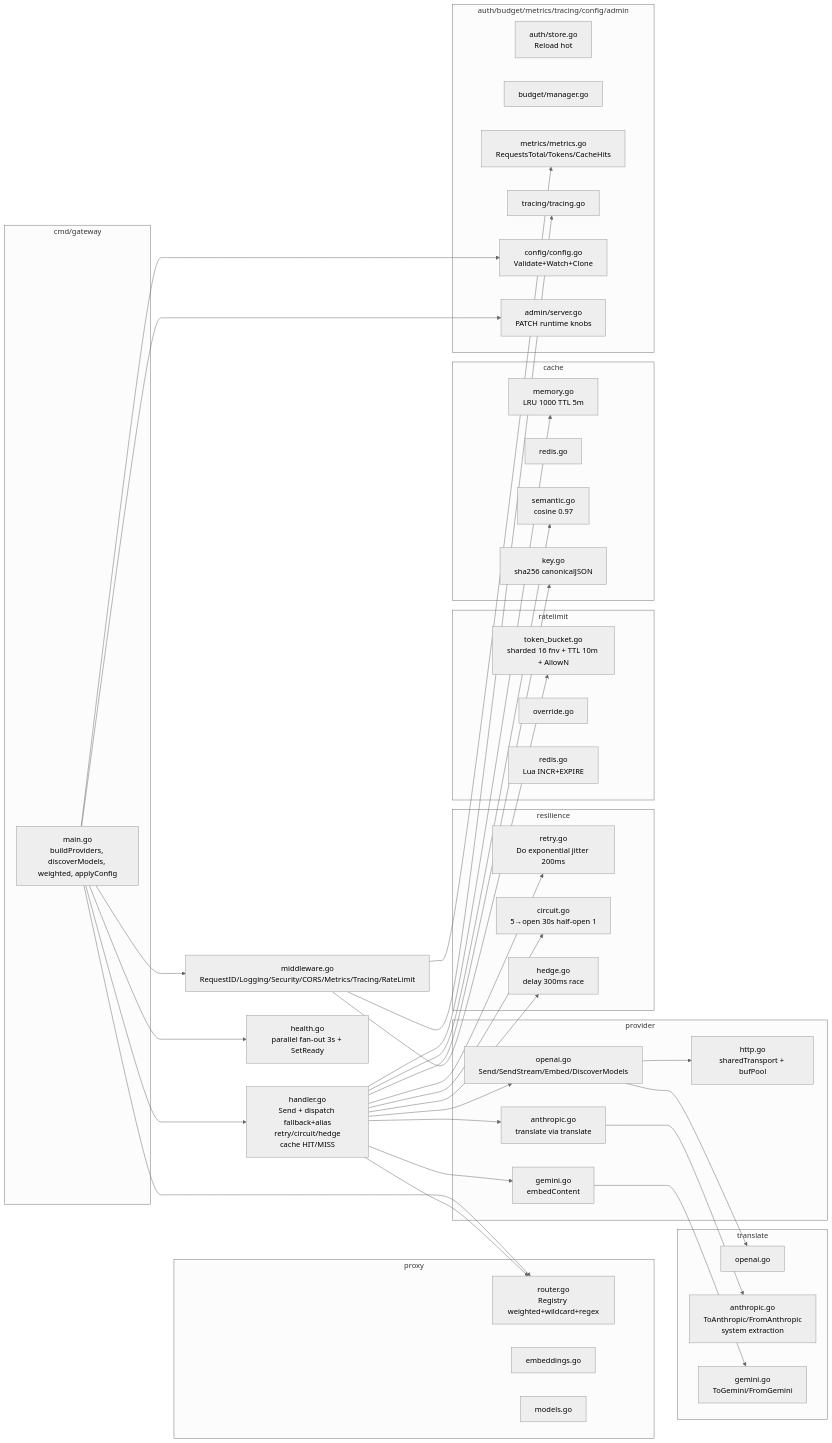
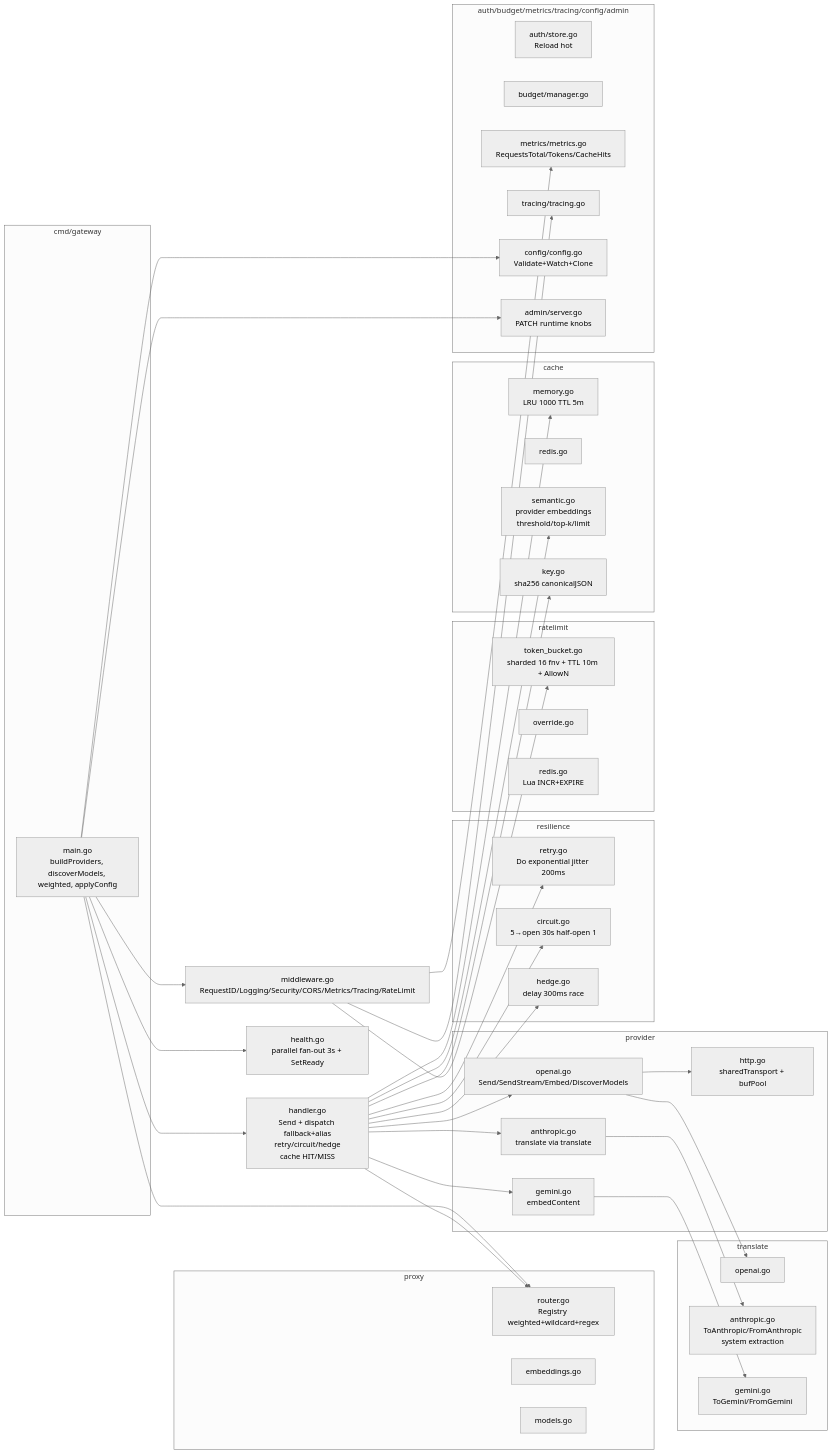
One commit to Francisco-cor/LLM-API-Gateway changed the third of 4 diagrams in docs/ARCHITECTURE.md. Above: the diagram before and after it, drawn with Mermaid (neutral theme). The commit also changed other lines of this file and 11 other files, not shown here.

````diff
--- a/docs/ARCHITECTURE.md
+++ b/docs/ARCHITECTURE.md
@@ -76,59 +76,59 @@
 ```mermaid
 flowchart LR
     subgraph cmd/gateway
         Main[main.go<br>buildProviders, discoverModels, weighted, applyConfig]
     end
     subgraph proxy
         Handler[handler.go<br>Send + dispatch fallback+alias<br>retry/circuit/hedge<br>cache HIT/MISS]
         Router[router.go<br>Registry weighted+wildcard+regex]
         Embed[embeddings.go]
         Models[models.go]
         Health[health.go<br>parallel fan-out 3s + SetReady]
         MW[middleware.go<br>RequestID/Logging/Security/CORS/Metrics/Tracing/RateLimit]
     end
     subgraph provider
         POpenAI[openai.go<br>Send/SendStream/Embed/DiscoverModels]
         PAnthropic[anthropic.go<br>translate via translate]
         PGemini[gemini.go<br>embedContent]
         PHTTP[http.go<br>sharedTransport + bufPool]
     end
     subgraph translate
         Topen[openai.go]
         Tanth[anthropic.go<br>ToAnthropic/FromAnthropic<br>system extraction]
         Tgem[gemini.go<br>ToGemini/FromGemini]
     end
     subgraph resilience
         Retry[retry.go<br>Do exponential jitter 200ms]
         Circuit[circuit.go<br>5→open 30s half-open 1]
         Hedge[hedge.go<br>delay 300ms race]
     end
     subgraph ratelimit
         Bucket[token_bucket.go<br>sharded 16 fnv + TTL 10m + AllowN]
         Override[override.go]
         Redis[redis.go<br>Lua INCR+EXPIRE]
     end
     subgraph cache
         Mem[memory.go<br>LRU 1000 TTL 5m]
         RCache[redis.go]
-        Sem[semantic.go<br>cosine 0.97]
+        Sem[semantic.go<br>provider embeddings<br>threshold/top-k/limit]
         Key[key.go<br>sha256 canonicalJSON]
     end
     subgraph auth/budget/metrics/tracing/config/admin
         Auth[auth/store.go<br>Reload hot]
         Budget[budget/manager.go]
         Metrics[metrics/metrics.go<br>RequestsTotal/Tokens/CacheHits]
         Tracing[tracing/tracing.go]
         Config[config/config.go<br>Validate+Watch+Clone]
         Admin[admin/server.go<br>PATCH runtime knobs]
     end
 
     Main --> Router & Handler & MW
     Handler --> Router & Retry & Circuit & Hedge
     Handler --> POpenAI & PAnthropic & PGemini
     POpenAI --> PHTTP & Topen
     PAnthropic --> Tanth
     PGemini --> Tgem
     Handler --> Mem & Key & Sem
     MW --> Bucket & Metrics & Tracing
     Main --> Config & Admin & Health
 ```
````
